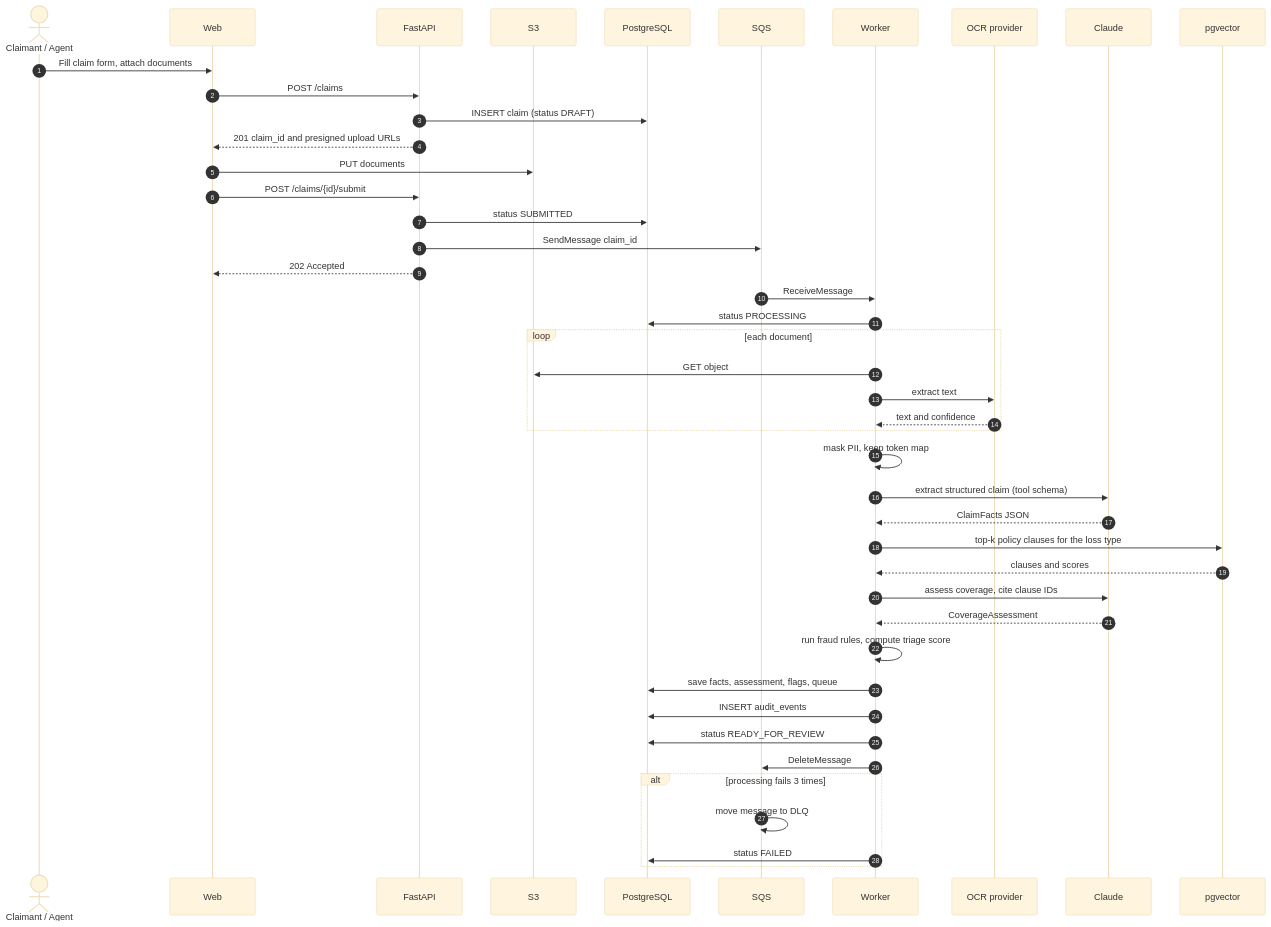
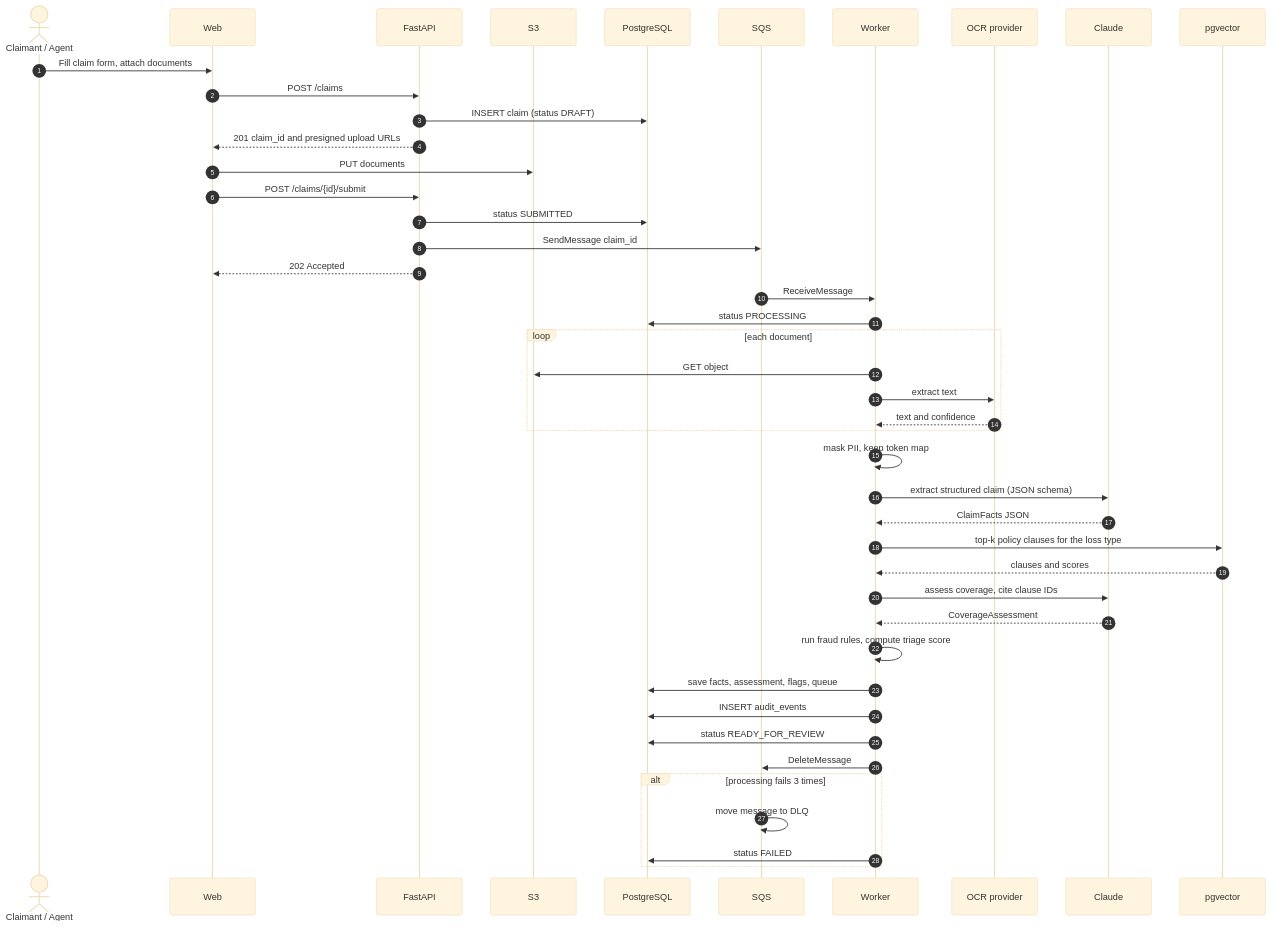
Before and after one commit to ABHI-742/claimlens: the diagram in docs/diagrams/sequence-claim-processing.md, drawn with Mermaid (base theme). The commit also changed 55 other files, not shown here.

````diff
--- a/docs/diagrams/sequence-claim-processing.md
+++ b/docs/diagrams/sequence-claim-processing.md
@@ -3,49 +3,49 @@
 ```mermaid
 sequenceDiagram
     autonumber
     actor C as Claimant / Agent
     participant UI as Web
     participant API as FastAPI
     participant S3 as S3
     participant DB as PostgreSQL
     participant Q as SQS
     participant W as Worker
     participant OCR as OCR provider
     participant LLM as Claude
     participant VEC as pgvector
 
     C->>UI: Fill claim form, attach documents
     UI->>API: POST /claims
     API->>DB: INSERT claim (status DRAFT)
     API-->>UI: 201 claim_id and presigned upload URLs
     UI->>S3: PUT documents
     UI->>API: POST /claims/{id}/submit
     API->>DB: status SUBMITTED
     API->>Q: SendMessage claim_id
     API-->>UI: 202 Accepted
 
     Q->>W: ReceiveMessage
     W->>DB: status PROCESSING
     loop each document
         W->>S3: GET object
         W->>OCR: extract text
         OCR-->>W: text and confidence
     end
     W->>W: mask PII, keep token map
-    W->>LLM: extract structured claim (tool schema)
+    W->>LLM: extract structured claim (JSON schema)
     LLM-->>W: ClaimFacts JSON
     W->>VEC: top-k policy clauses for the loss type
     VEC-->>W: clauses and scores
     W->>LLM: assess coverage, cite clause IDs
     LLM-->>W: CoverageAssessment
     W->>W: run fraud rules, compute triage score
     W->>DB: save facts, assessment, flags, queue
     W->>DB: INSERT audit_events
     W->>DB: status READY_FOR_REVIEW
     W->>Q: DeleteMessage
 
     alt processing fails 3 times
         Q->>Q: move message to DLQ
         W->>DB: status FAILED
     end
 ```
````
